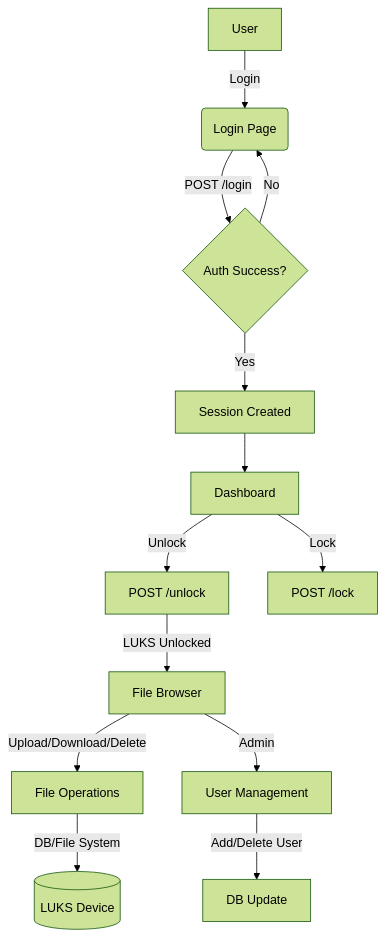
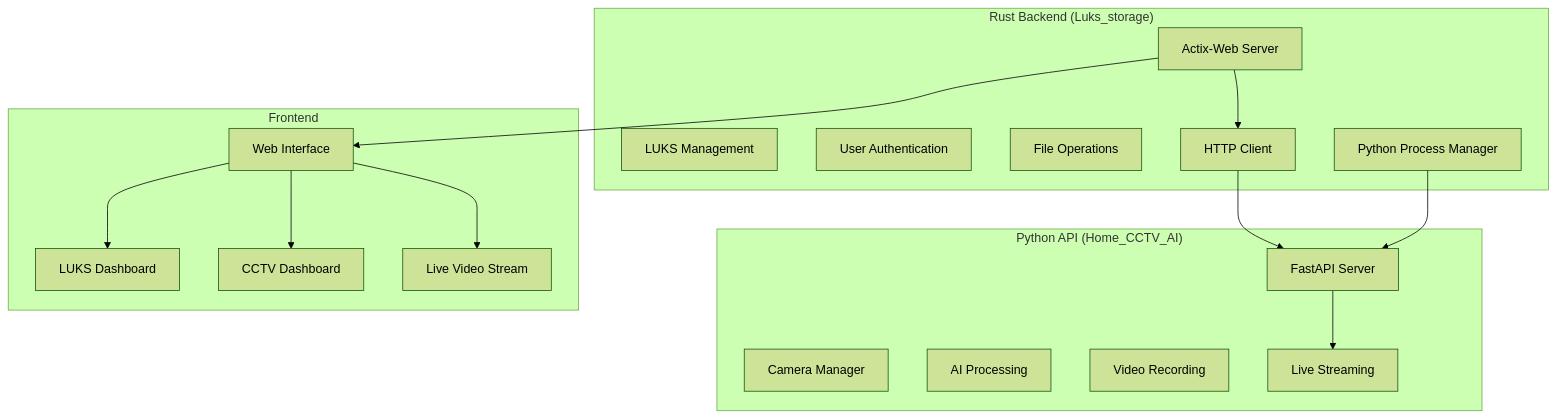
Before and after one commit to Abhishek3670/Luks_storage: the diagram in README.md, drawn with Mermaid (forest theme). The commit also changed other lines of this file, not shown here.

First line of the commit message:
feat: Initialize Phase 2 - Rust Backend Integration

````diff
--- a/README.md
+++ b/README.md
@@ -9,15 +34,35 @@
 ```mermaid
-flowchart TD
-    A[User] -->|Login| B(Login Page)
-    B -->|POST /login| C{Auth Success?}
-    C -- No --> B
-    C -- Yes --> D[Session Created]
-    D --> E[Dashboard]
-    E -->|Unlock| F[POST /unlock]
-    F -->|LUKS Unlocked| G[File Browser]
-    E -->|Lock| H[POST /lock]
-    G -->|Upload/Download/Delete| I[File Operations]
-    G -->|Admin| J[User Management]
-    J -->|Add/Delete User| K[DB Update]
-    I -->|DB/File System| L[(LUKS Device)]
+graph TB
+    subgraph "Rust Backend (Luks_storage)"
+        A[Actix-Web Server]
+        B[LUKS Management]
+        C[User Authentication]
+        D[File Operations]
+        E[HTTP Client]
+        F[Python Process Manager]
+    end
+    
+    subgraph "Python API (Home_CCTV_AI)"
+        G[FastAPI Server]
+        H[Camera Manager]
+        I[AI Processing]
+        J[Video Recording]
+        K[Live Streaming]
+    end
+    
+    subgraph "Frontend"
+        L[Web Interface]
+        M[LUKS Dashboard]
+        N[CCTV Dashboard]
+        O[Live Video Stream]
+    end
+    
+    A --> E
+    E --> G
+    F --> G
+    A --> L
+    L --> M
+    L --> N
+    L --> O
+    G --> K
 ```
````
